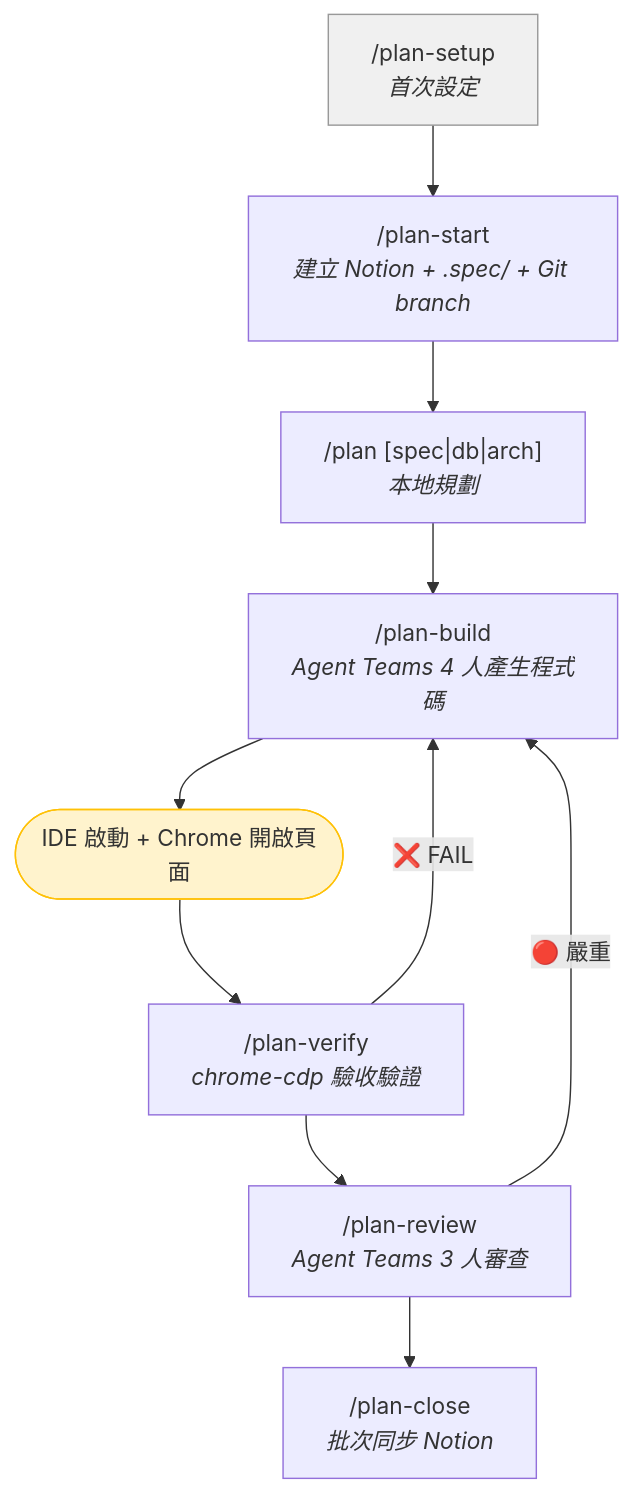
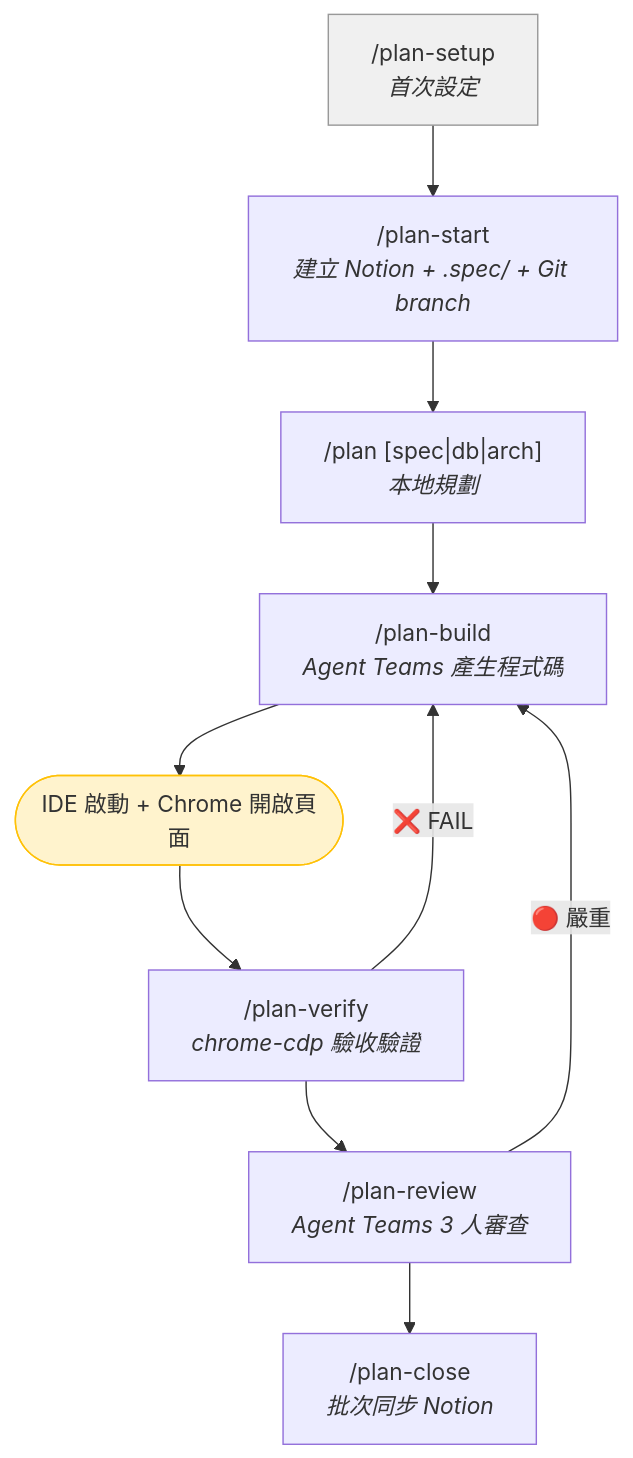
The second of 4 diagrams in README.md (mark22013333/bug-workflow), drawn with Mermaid before and after one commit. The commit also changed other lines of this file and 2 other files, not shown here.

Commit message:
feat(plan-build): 新增 DB Engineer 成員，團隊擴充為最多 5 人
plan-build SKILL.md：
- 新增成員 0：DB Engineer（需 DB MCP/DBHub）
  - 使用 execute_sql / search_objects 查詢真實資料庫
  - 驗證 db.md 設計與 DB 現狀差異
  - 產生 Migration SQL（CREATE/ALTER TABLE）
  - 索引建議與慢查詢分析（MSSQL DMV / pg_stat_statements）
  - 產出 db-optimization.md 效能報告
- DB Engineer 最先開始，後端工程師等待其完成後才開始
- 團隊組成動態調整：有 DB MCP 時 5 人，無則維持原 4 人
- 清理舊 DB MCP 佔位符，改為 DB Engineer 直接內建

feature-workflow README：
- Agent Teams 組成圖從 4 人改為最多 5 人，加入 DB Engineer 節點
- 新增 /plan-build 使用範例

根 README：同步更新 plan-build 說明

````diff
--- a/README.md
+++ b/README.md
@@ -86,18 +86,18 @@
 ```mermaid
 flowchart TD
     setup["/plan-setup<br/><i>首次設定</i>"]
     start["/plan-start<br/><i>建立 Notion + .spec/ + Git branch</i>"]
     plan["/plan [spec|db|arch]<br/><i>本地規劃</i>"]
-    build["/plan-build<br/><i>Agent Teams 4 人產生程式碼</i>"]
+    build["/plan-build<br/><i>Agent Teams 產生程式碼</i>"]
     ide(["IDE 啟動 + Chrome 開啟頁面"])
     verify["/plan-verify<br/><i>chrome-cdp 驗收驗證</i>"]
     review["/plan-review<br/><i>Agent Teams 3 人審查</i>"]
     close["/plan-close<br/><i>批次同步 Notion</i>"]
 
     setup --> start --> plan --> build --> ide --> verify --> review --> close
     verify -- "❌ FAIL" --> build
     review -- "🔴 嚴重" --> build
 
     style setup fill:#f0f0f0,stroke:#999
     style ide fill:#fff3cd,stroke:#ffc107
 ```
````
